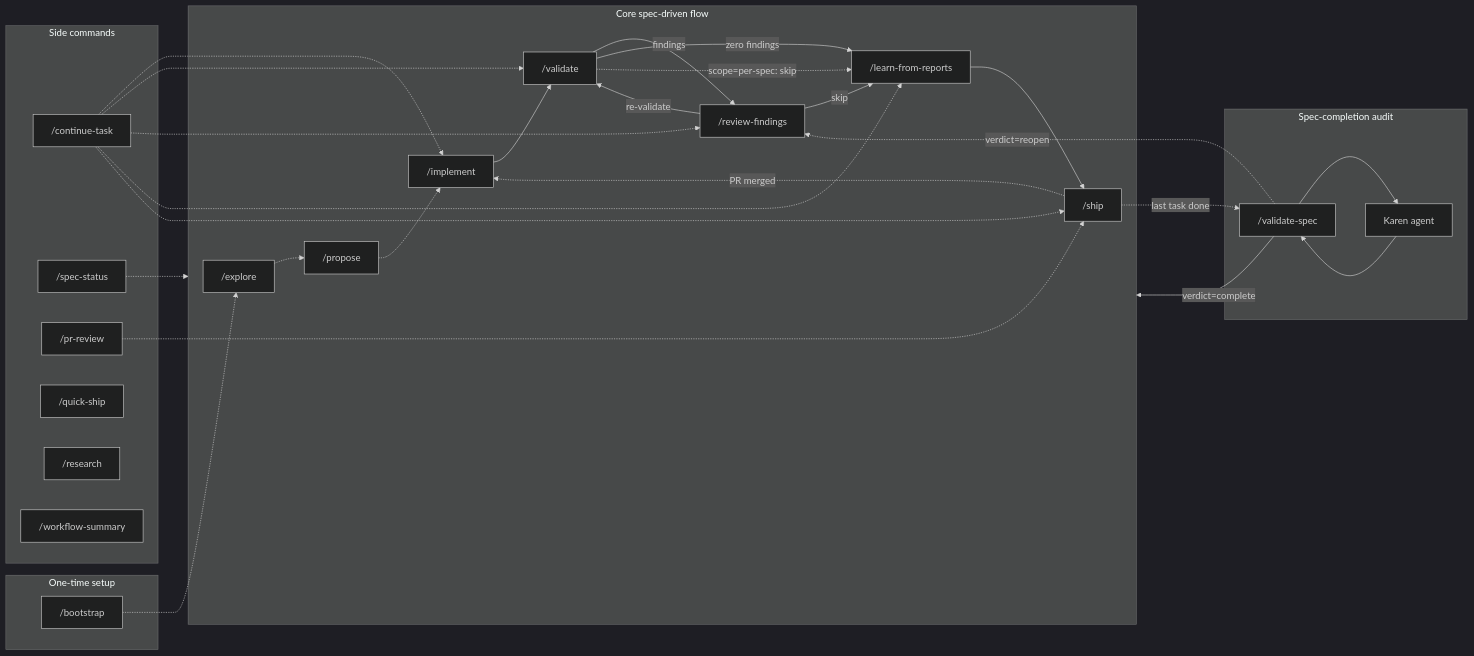
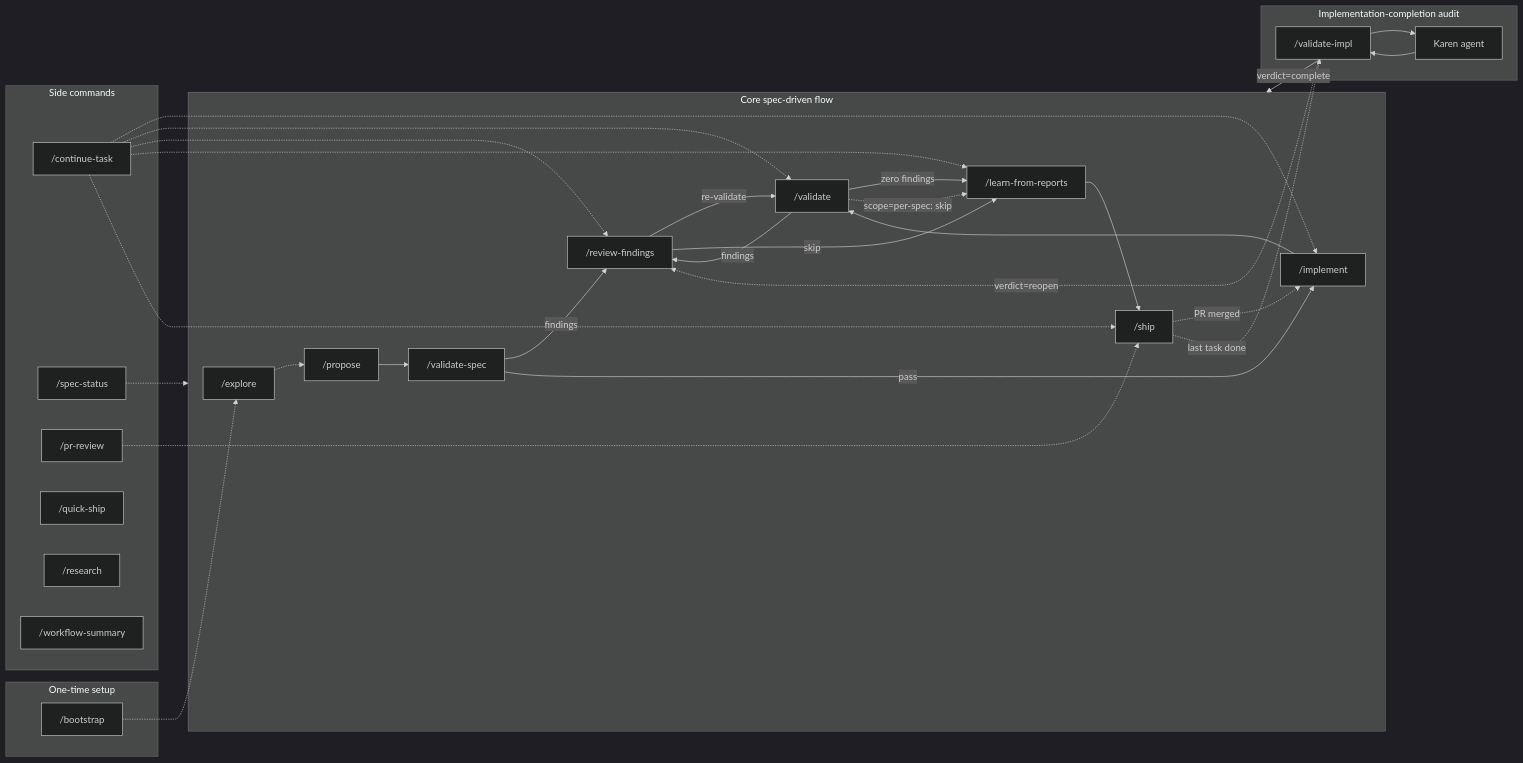
One commit to AlarQ/SDD-hub changed the first of 12 diagrams in docs/workflow-diagram.md. Above: the diagram before and after it, drawn with Mermaid (dark theme). The commit also changed other lines of this file and 13 other files, not shown here.

First line of the commit message:
feat: add /validate-spec pre-impl spec-coherence gate

````diff
--- a/docs/workflow-diagram.md
+++ b/docs/workflow-diagram.md
@@ -20,55 +22,58 @@
 ```mermaid
 graph LR
     subgraph Setup["One-time setup"]
         BOOT["/bootstrap"]
     end
 
     subgraph Core["Core spec-driven flow"]
         EXP["/explore"]
         PROP["/propose"]
+        VSPEC_PRE["/validate-spec"]
         IMPL["/implement"]
         VAL["/validate"]
         REV["/review-findings"]
         LEARN["/learn-from-reports"]
         SHIP["/ship"]
     end
 
-    subgraph Audit["Spec-completion audit"]
-        VSPEC["/validate-spec"]
+    subgraph Audit["Implementation-completion audit"]
+        VIMPL["/validate-impl"]
         KAREN["Karen agent"]
     end
 
     subgraph Side["Side commands"]
         CONT["/continue-task"]
         STAT["/spec-status"]
         PRR["/pr-review"]
         QS["/quick-ship"]
         RES["/research"]
         WS["/workflow-summary"]
     end
 
     BOOT -.-> EXP
     EXP -.-> PROP
-    PROP -.-> IMPL
+    PROP --> VSPEC_PRE
+    VSPEC_PRE -->|findings| REV
+    VSPEC_PRE -->|pass| IMPL
     IMPL --> VAL
     VAL -->|findings| REV
     VAL -->|zero findings| LEARN
     VAL -.->|scope=per-spec: skip| LEARN
     REV -->|re-validate| VAL
     REV -->|skip| LEARN
     LEARN --> SHIP
     SHIP -.->|PR merged| IMPL
-    SHIP -.->|last task done| VSPEC
-    VSPEC --> KAREN
-    KAREN --> VSPEC
-    VSPEC -->|verdict=complete| Core
-    VSPEC -.->|verdict=reopen| REV
+    SHIP -.->|last task done| VIMPL
+    VIMPL --> KAREN
+    KAREN --> VIMPL
+    VIMPL -->|verdict=complete| Core
+    VIMPL -.->|verdict=reopen| REV
 
     CONT -.-> IMPL
     CONT -.-> VAL
     CONT -.-> REV
     CONT -.-> LEARN
     CONT -.-> SHIP
     STAT -.-> Core
     PRR -.-> SHIP
 ```
````
